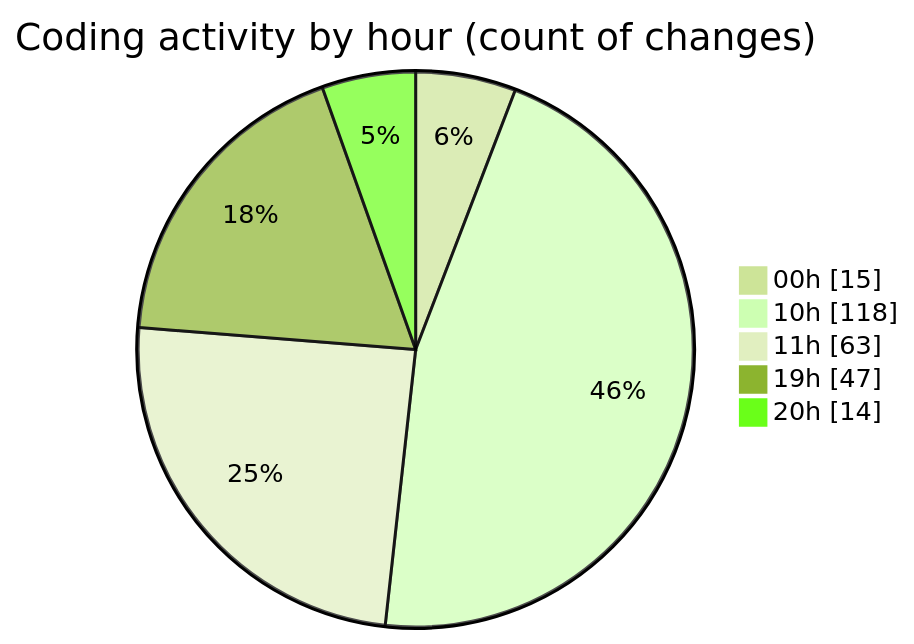
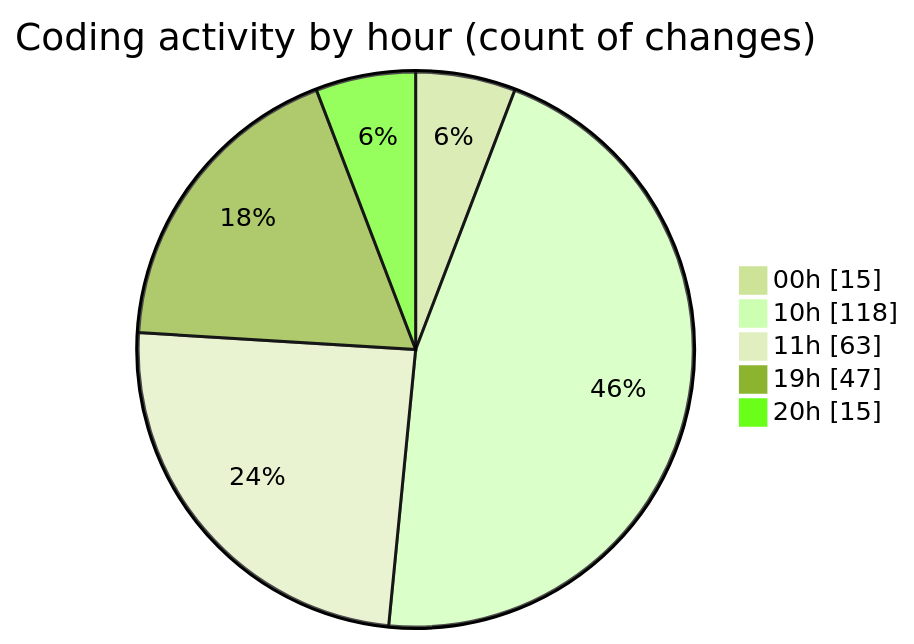
The second of 2 diagrams in 2026-01-11/dsa/README.md (Ritupan-Deka/code-tracking), drawn with Mermaid (forest theme) before and after one commit. The commit also changed other lines of this file and 1 other file, not shown here.

````diff
--- a/2026-01-11/dsa/README.md
+++ b/2026-01-11/dsa/README.md
@@ -29,9 +29,9 @@
 ```mermaid
 pie showData
 title Coding activity by hour (count of changes)
 "00h" : 15
 "10h" : 118
 "11h" : 63
 "19h" : 47
-"20h" : 14
+"20h" : 15
 ```
````
